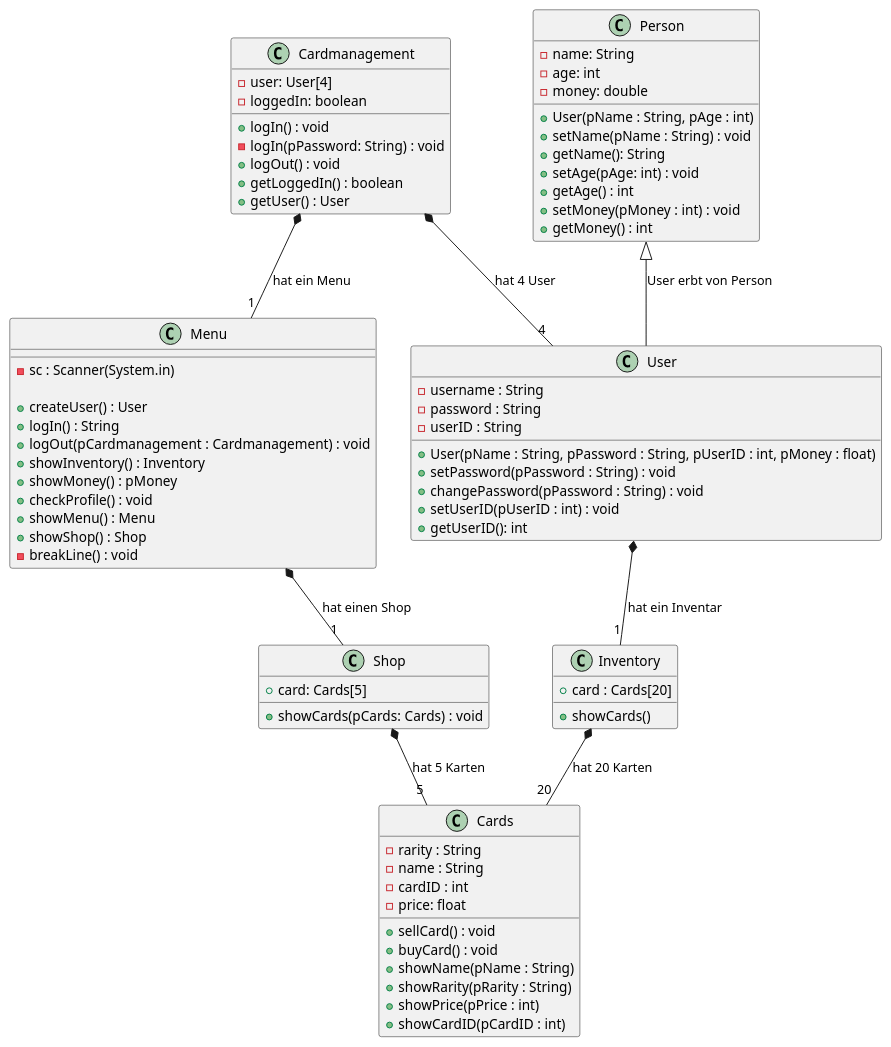
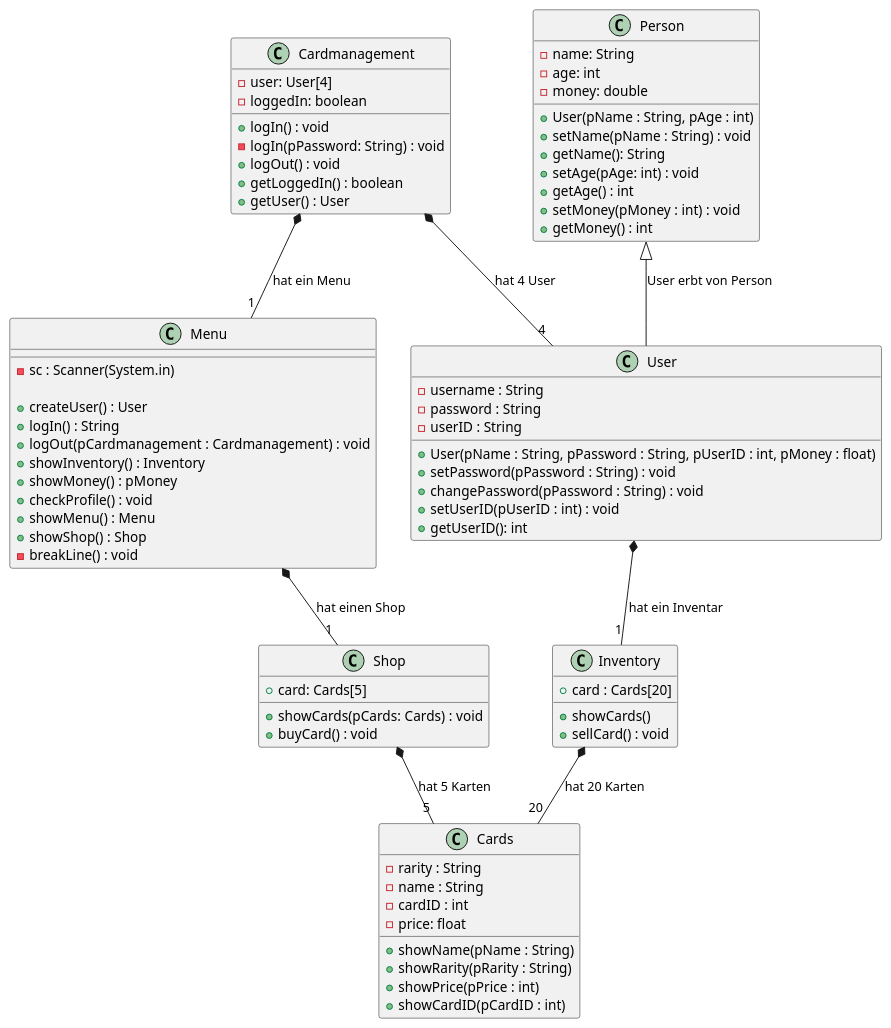
Before and after one commit to HEBK-BGM/Verwaltungssoftware_Team_4: the diagram in Docs/Pflichtenheft/Diagramme/Klassendiagramm-Card.iuml, drawn with PlantUML. The commit also changed 1 other file, not shown here.

Commit message:
[FIX] Klassendiagramm - Methodenverschiebung

```diff
--- a/Docs/Pflichtenheft/Diagramme/Klassendiagramm-Card.iuml
+++ b/Docs/Pflichtenheft/Diagramme/Klassendiagramm-Card.iuml
@@ -1,103 +1,101 @@
 @startuml Klassendiagramm
 
 class Cardmanagement{
     -user: User[4]
     -loggedIn: boolean
     +logIn() : void
     -logIn(pPassword: String) : void
     +logOut() : void
     +getLoggedIn() : boolean
     +getUser() : User
 
 
 
 }
-
 
 
 class Menu{
     -sc : Scanner(System.in)
 
     +createUser() : User
     +logIn() : String
     +logOut(pCardmanagement : Cardmanagement) : void
     +showInventory() : Inventory
     +showMoney() : pMoney
     +checkProfile() : void
     +showMenu() : Menu
     +showShop() : Shop
     -breakLine() : void
 
 
 }
 
 
-
-
 class Shop{
     +card: Cards[5]
     +showCards(pCards: Cards) : void
+    +buyCard() : void
 
 }
-
-
 
 
 class User{
     -username : String
     -password : String
     -userID : String
 
 
     +User(pName : String, pPassword : String, pUserID : int, pMoney : float)
     +setPassword(pPassword : String) : void
     +changePassword(pPassword : String) : void
     +setUserID(pUserID : int) : void
     +getUserID(): int
 
 }
+
 
 class Person{
     -name: String
     -age: int
     -money: double
 
     +User(pName : String, pAge : int)
     +setName(pName : String) : void
     +getName(): String
     +setAge(pAge: int) : void
     +getAge() : int
     +setMoney(pMoney : int) : void
     +getMoney() : int
 }
 
 
 class Cards{
     -rarity : String
     -name : String
     -cardID : int
     -price: float
 
-    +sellCard() : void
-    +buyCard() : void
     +showName(pName : String)
     +showRarity(pRarity : String)
     +showPrice(pPrice : int)
     +showCardID(pCardID : int)
 
 }
 
 
-
 class Inventory{
 +card : Cards[20]
 +showCards()
++sellCard() : void
 }
+
+
 Cardmanagement *-- "1" Menu : hat ein Menu
 User *-- "1" Inventory : hat ein Inventar
 Cardmanagement *-- "4" User : hat 4 User
 Menu *-- "1" Shop : hat einen Shop
 Shop *-- "5" Cards : hat 5 Karten 
 Inventory *-- "20" Cards : hat 20 Karten
 Person <|-- User : User erbt von Person
+
 @enduml
```
